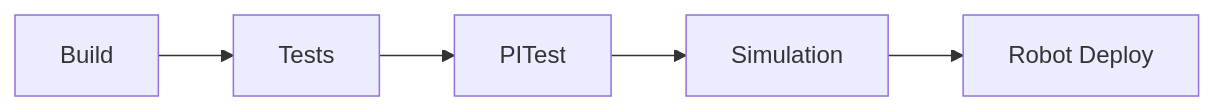
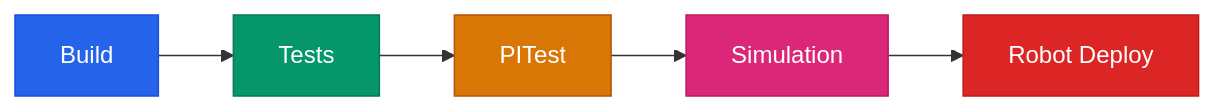
One commit to eeveemara/frc5962-2026-docs changed the diagram in docs/engineering/testing-and-quality.md. Above: the diagram before and after it, drawn with Mermaid. The commit also changed 14 other files, not shown here.

Commit message:
Add explicit colors to all 20 mermaid diagrams for GitBook dark mode

````diff
--- a/docs/engineering/testing-and-quality.md
+++ b/docs/engineering/testing-and-quality.md
@@ -176,7 +176,13 @@
 ```mermaid
 flowchart LR
     B[Build] --> T[Tests]
     T --> P[PITest]
     P --> S[Simulation]
     S --> R[Robot Deploy]
+
+    style B fill:#2563eb,stroke:#1d4ed8,color:#fff
+    style T fill:#059669,stroke:#047857,color:#fff
+    style P fill:#d97706,stroke:#b45309,color:#fff
+    style S fill:#db2777,stroke:#be185d,color:#fff
+    style R fill:#dc2626,stroke:#b91c1c,color:#fff
 ```
````
